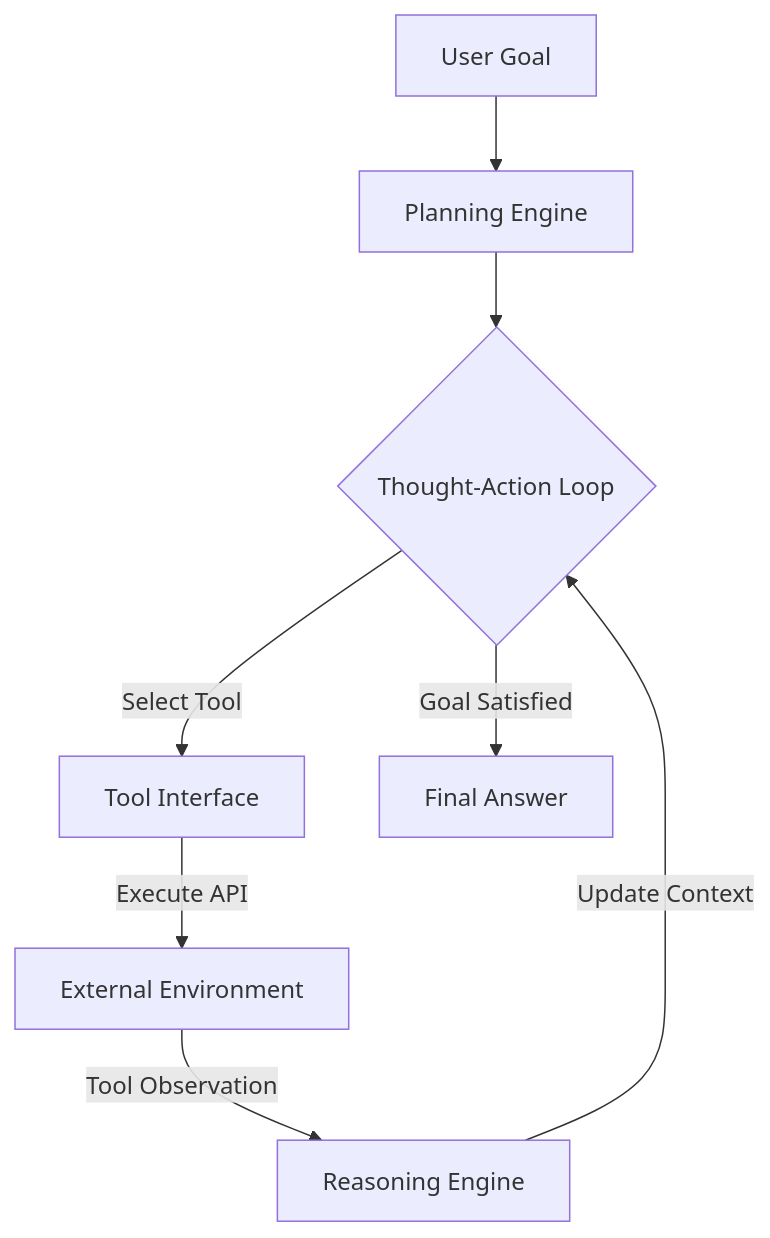
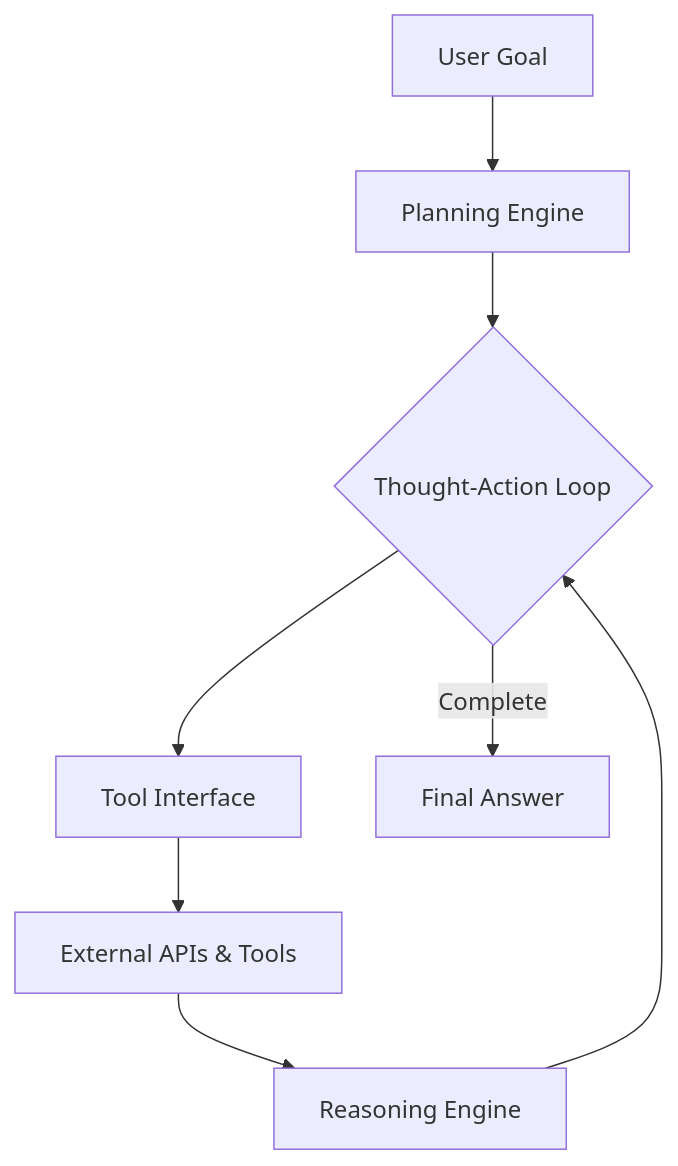
Before and after one commit to sricheru/agentic-ai-portfolio: the fifth of 20 diagrams in genai_enterprise_usecases/ARCHITECTURE_GUIDE.md, drawn with Mermaid. The commit also changed other lines of this file, not shown here.

Commit message:
fix(mermaid): switch to pure flowchart TD and remove label collisions

````diff
--- a/genai_enterprise_usecases/ARCHITECTURE_GUIDE.md
+++ b/genai_enterprise_usecases/ARCHITECTURE_GUIDE.md
@@ -108,10 +107,10 @@
 ```mermaid
-graph TD
-    Goal["User Goal"] --> Planner["Planning Engine"]
-    Planner --> Loop{"Thought-Action Loop"}
-    Loop -->|Select Tool| ToolDispatcher["Tool Interface"]
-    ToolDispatcher -->|Execute API| Env["External Environment"]
-    Env -->|Tool Observation| Reasoning["Reasoning Engine"]
-    Reasoning -->|Update Context| Loop
-    Loop -->|Goal Satisfied| Result["Final Answer"]
+flowchart TD
+    Goal[User Goal] --> Planner[Planning Engine]
+    Planner --> Loop{Thought-Action Loop}
+    Loop --> ToolDispatcher[Tool Interface]
+    ToolDispatcher --> Env[External APIs & Tools]
+    Env --> Reasoning[Reasoning Engine]
+    Reasoning --> Loop
+    Loop -->|Complete| Result[Final Answer]
 ```
````
